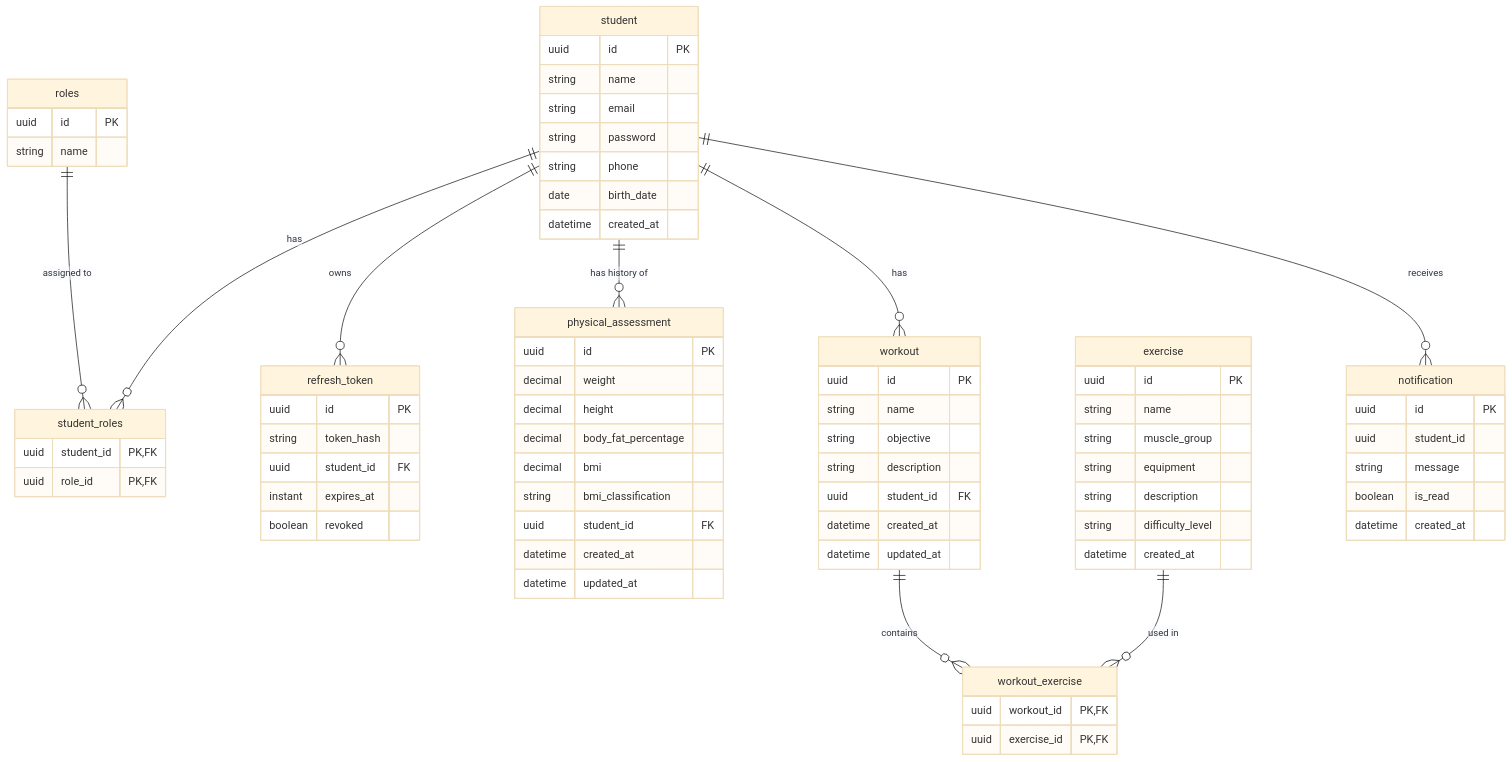
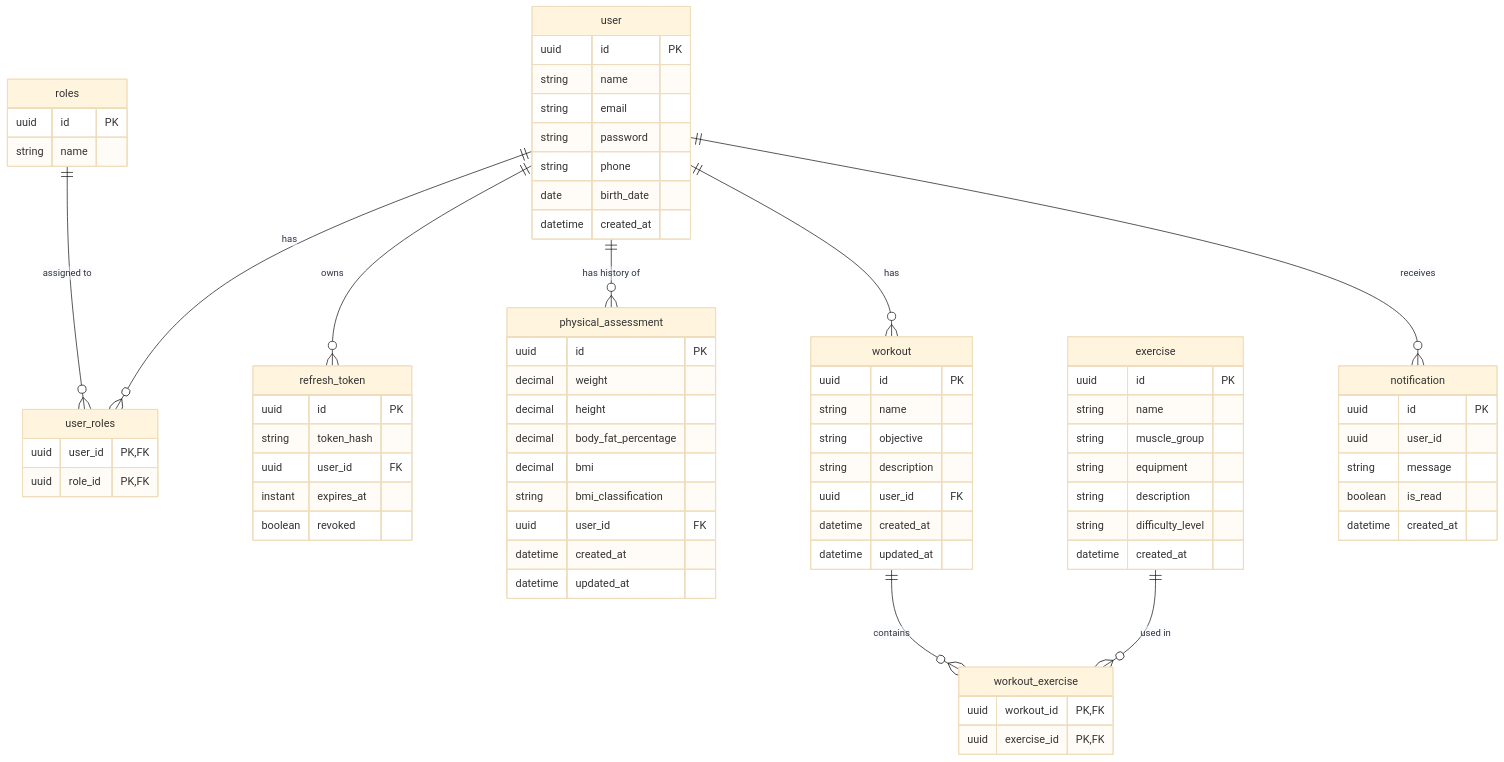
One commit to joschonarth/spring-fit changed the diagram in README.md. Above: the diagram before and after it, drawn with Mermaid (base theme). The commit also changed other lines of this file and 40 other files, not shown here.

Commit message:
refactor: rename student entity to user

````diff
--- a/README.md
+++ b/README.md
@@ -168,75 +168,75 @@
 ```mermaid
 erDiagram
-    student {
+    user {
         uuid id PK
         string name
         string email
         string password
         string phone
         date birth_date
         datetime created_at
     }
     roles {
         uuid id PK
         string name
     }
-    student_roles {
-        uuid student_id PK, FK
+    user_roles {
+        uuid user_id PK, FK
         uuid role_id PK, FK
     }
     refresh_token {
         uuid id PK
         string token_hash
-        uuid student_id FK
+        uuid user_id FK
         instant expires_at
         boolean revoked
     }
     physical_assessment {
         uuid id PK
         decimal weight
         decimal height
         decimal body_fat_percentage
         decimal bmi
         string bmi_classification
-        uuid student_id FK
+        uuid user_id FK
         datetime created_at
         datetime updated_at
     }
     workout {
         uuid id PK
         string name
         string objective
         string description
-        uuid student_id FK
+        uuid user_id FK
         datetime created_at
         datetime updated_at
     }
     exercise {
         uuid id PK
         string name
         string muscle_group
         string equipment
         string description
         string difficulty_level
         datetime created_at
     }
     workout_exercise {
         uuid workout_id PK, FK
         uuid exercise_id PK, FK
     }
     notification {
         uuid id PK
-        uuid student_id
+        uuid user_id
         string message
         boolean is_read
         datetime created_at
     }
-    student ||--o{ student_roles : "has"
-    roles ||--o{ student_roles : "assigned to"
-    student ||--o{ refresh_token : "owns"
-    student ||--o{ physical_assessment : "has history of"
-    student ||--o{ workout : "has"
-    student ||--o{ notification : "receives"
+    user ||--o{ user_roles : "has"
+    roles ||--o{ user_roles : "assigned to"
+    user ||--o{ refresh_token : "owns"
+    user ||--o{ physical_assessment : "has history of"
+    user ||--o{ workout : "has"
+    user ||--o{ notification : "receives"
     workout ||--o{ workout_exercise : "contains"
     exercise ||--o{ workout_exercise : "used in"
 ```
````
